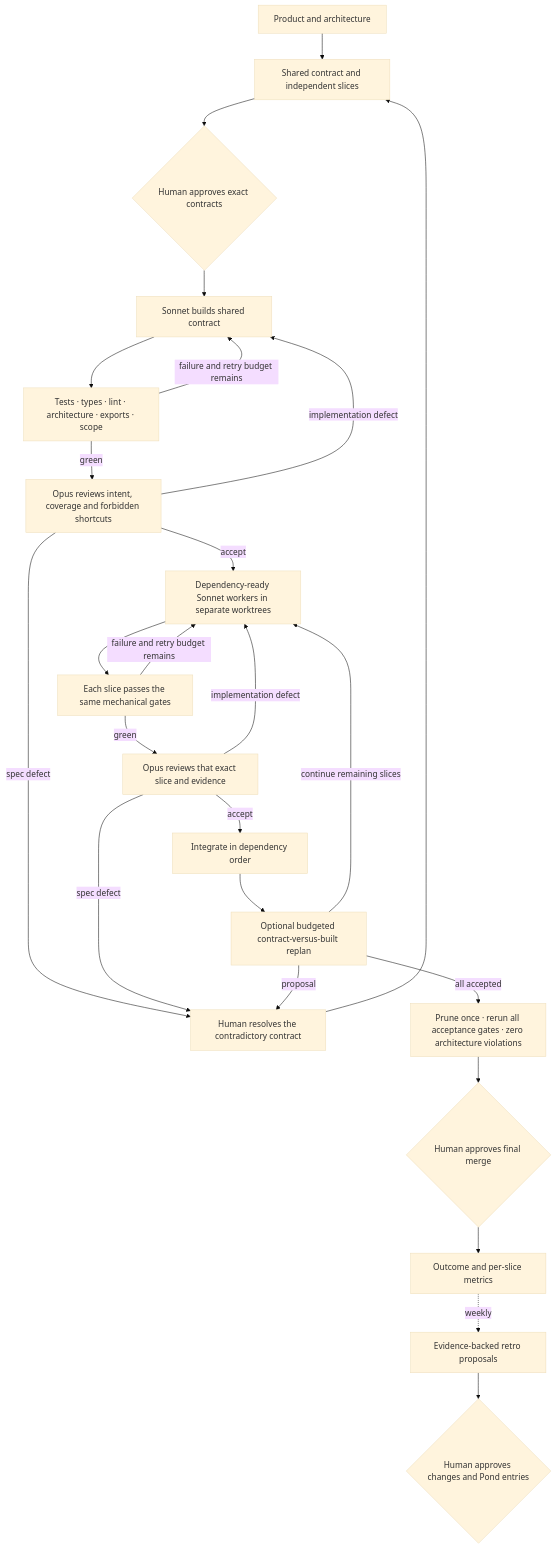
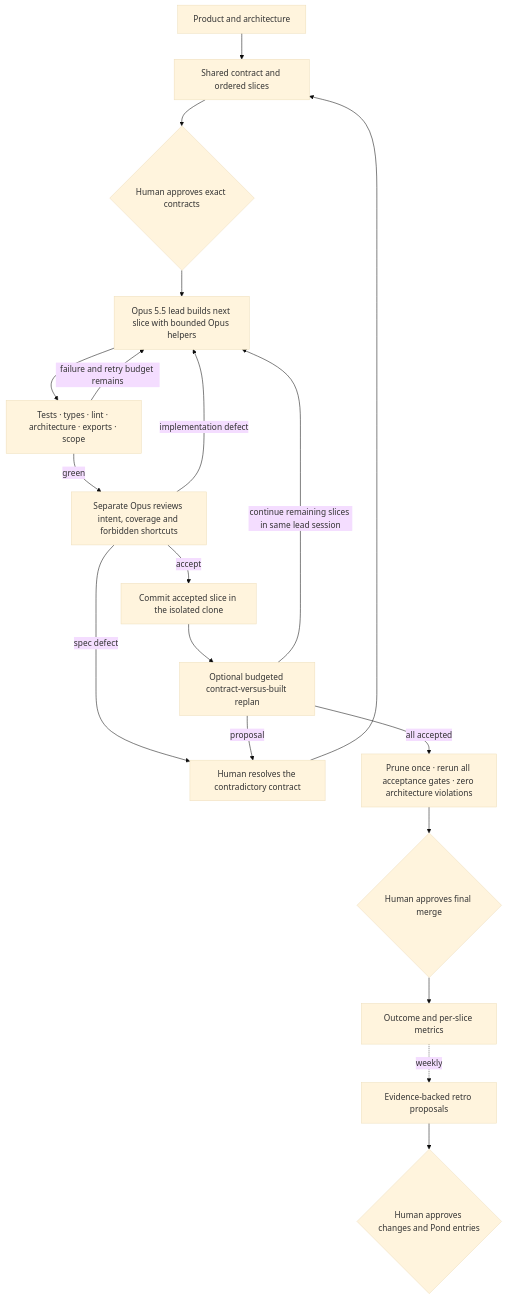
One commit to dogebonker/plumb changed the first of 2 diagrams in docs/FACTORY_V2.md. Above: the diagram before and after it, drawn with Mermaid (base theme). The commit also changed other lines of this file and 52 other files, not shown here.

First line of the commit message:
Opus lead, shared archgraph adapter and durable v2 recovery

````diff
--- a/docs/FACTORY_V2.md
+++ b/docs/FACTORY_V2.md
@@ -12,27 +18,21 @@
 ```mermaid
 flowchart TD
-  P[Product and architecture] --> C[Shared contract and independent slices]
+  P[Product and architecture] --> C[Shared contract and ordered slices]
   C --> H{Human approves exact contracts}
-  H --> S[Sonnet builds shared contract]
+  H --> S[Opus 5.5 lead builds next slice with bounded Opus helpers]
   S --> G[Tests · types · lint · architecture · exports · scope]
   G -->|failure and retry budget remains| S
-  G -->|green| O[Opus reviews intent, coverage and forbidden shortcuts]
+  G -->|green| O[Separate Opus reviews intent, coverage and forbidden shortcuts]
   O -->|implementation defect| S
   O -->|spec defect| D[Human resolves the contradictory contract]
   D --> C
-  O -->|accept| W[Dependency-ready Sonnet workers in separate worktrees]
-  W --> FG[Each slice passes the same mechanical gates]
-  FG -->|failure and retry budget remains| W
-  FG -->|green| R[Opus reviews that exact slice and evidence]
-  R -->|implementation defect| W
-  R -->|spec defect| D
-  R -->|accept| M[Integrate in dependency order]
+  O -->|accept| M[Commit accepted slice in the isolated clone]
   M --> RP[Optional budgeted contract-versus-built replan]
   RP -->|proposal| D
-  RP -->|continue remaining slices| W
+  RP -->|continue remaining slices in same lead session| S
   RP -->|all accepted| F[Prune once · rerun all acceptance gates · zero architecture violations]
   F --> FM{Human approves final merge}
   FM --> E[Outcome and per-slice metrics]
   E -. weekly .-> T[Evidence-backed retro proposals]
   T --> TH{Human approves changes and Pond entries}
 ```
````
